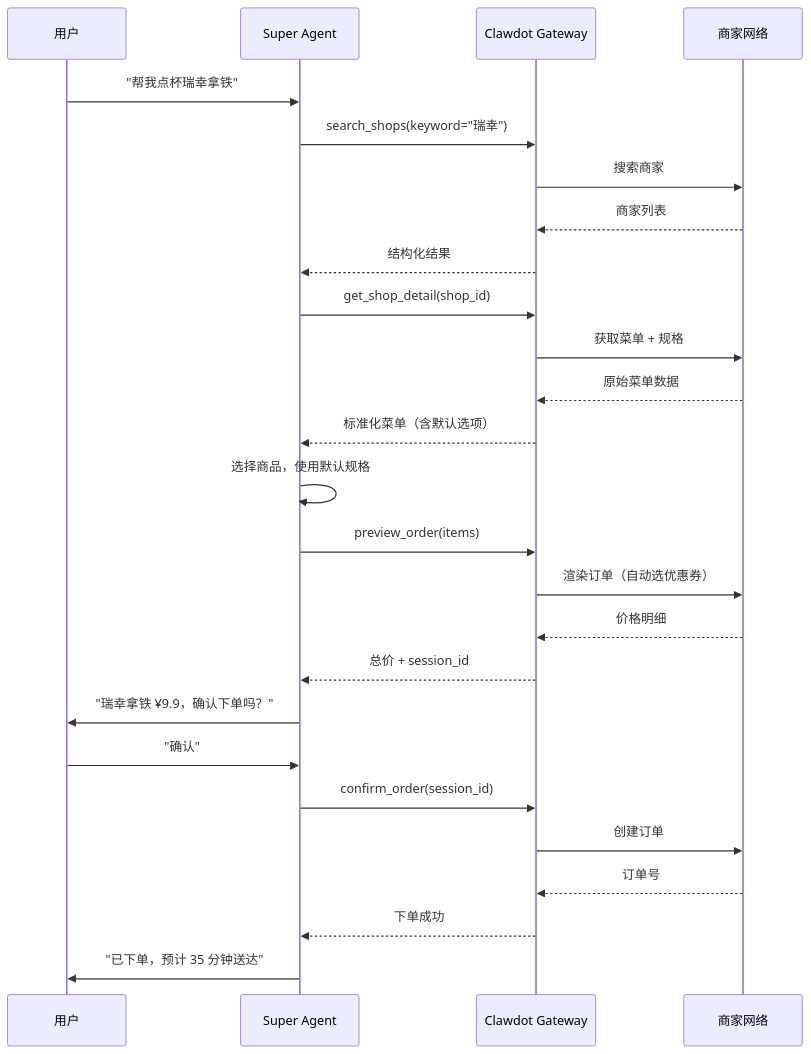
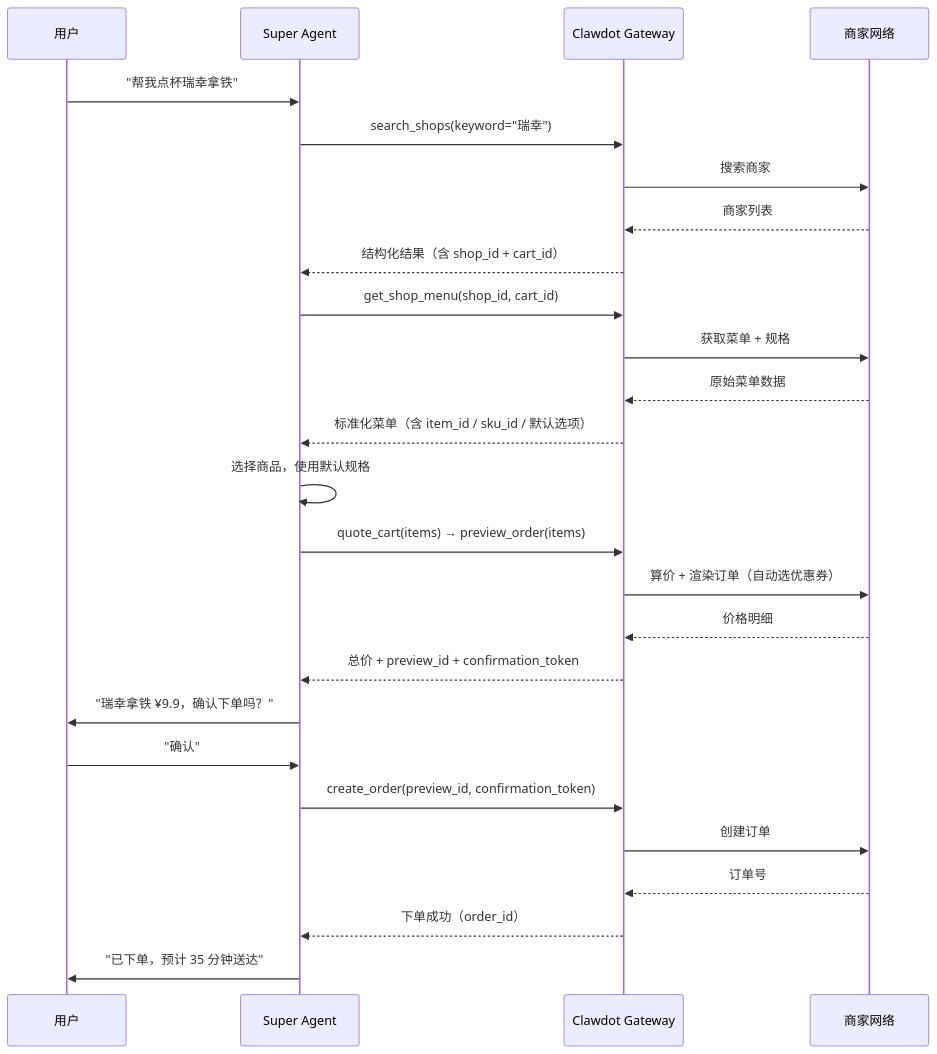
Before and after one commit to clawdot/docs: the first of 2 diagrams in super-agent/how-it-works.mdx, drawn with Mermaid. The commit also changed other lines of this file and 20 other files, not shown here.

````diff
--- a/super-agent/how-it-works.mdx
+++ b/super-agent/how-it-works.mdx
@@ -10,32 +10,32 @@
 ```mermaid
 sequenceDiagram
   participant User as 用户
   participant Agent as Super Agent
   participant GW as Clawdot Gateway
   participant Platform as 商家网络
 
   User->>Agent: "帮我点杯瑞幸拿铁"
   Agent->>GW: search_shops(keyword="瑞幸")
   GW->>Platform: 搜索商家
   Platform-->>GW: 商家列表
-  GW-->>Agent: 结构化结果
+  GW-->>Agent: 结构化结果（含 shop_id + cart_id）
 
-  Agent->>GW: get_shop_detail(shop_id)
+  Agent->>GW: get_shop_menu(shop_id, cart_id)
   GW->>Platform: 获取菜单 + 规格
   Platform-->>GW: 原始菜单数据
-  GW-->>Agent: 标准化菜单（含默认选项）
+  GW-->>Agent: 标准化菜单（含 item_id / sku_id / 默认选项）
 
   Agent->>Agent: 选择商品，使用默认规格
-  Agent->>GW: preview_order(items)
-  GW->>Platform: 渲染订单（自动选优惠券）
+  Agent->>GW: quote_cart(items) → preview_order(items)
+  GW->>Platform: 算价 + 渲染订单（自动选优惠券）
   Platform-->>GW: 价格明细
-  GW-->>Agent: 总价 + session_id
+  GW-->>Agent: 总价 + preview_id + confirmation_token
 
   Agent->>User: "瑞幸拿铁 ¥9.9，确认下单吗？"
   User->>Agent: "确认"
-  Agent->>GW: confirm_order(session_id)
+  Agent->>GW: create_order(preview_id, confirmation_token)
   GW->>Platform: 创建订单
   Platform-->>GW: 订单号
-  GW-->>Agent: 下单成功
+  GW-->>Agent: 下单成功（order_id）
   Agent->>User: "已下单，预计 35 分钟送达"
 ```
````
